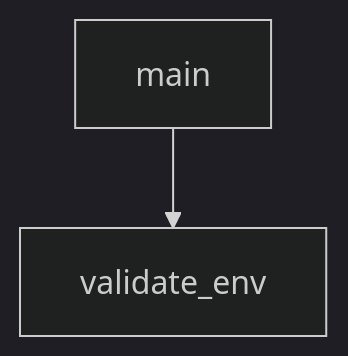
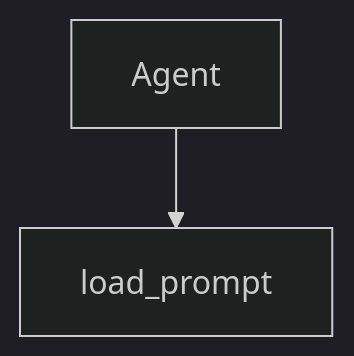
One commit to johnxie/awesome-code-docs changed the diagram in tutorials/claude-quickstarts-tutorial/08-enterprise-operations.md. Above: the diagram before and after it, drawn with Mermaid (dark theme). The commit also changed other lines of this file and 1232 other files, not shown here.

````diff
--- a/tutorials/claude-quickstarts-tutorial/08-enterprise-operations.md
+++ b/tutorials/claude-quickstarts-tutorial/08-enterprise-operations.md
@@ -200,6 +190,6 @@
 ```mermaid
 flowchart TD
-    A[main]
-    B[validate_env]
+    A[Agent]
+    B[load_prompt]
     A --> B
 ```
````
